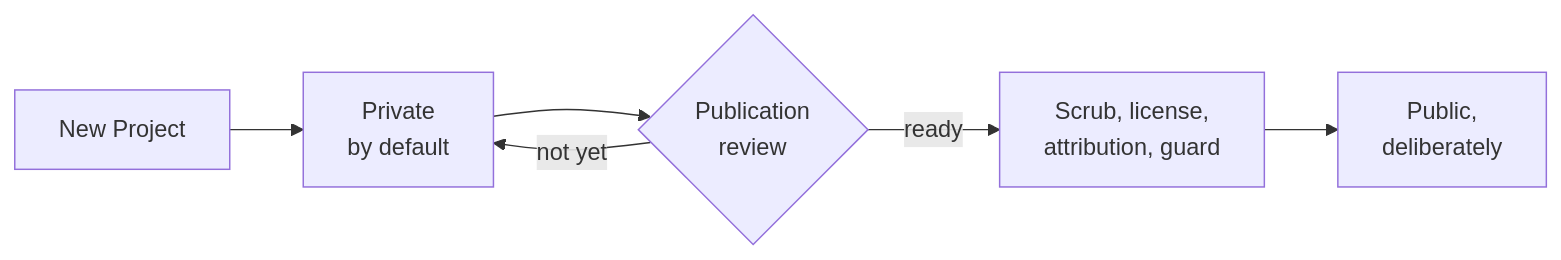
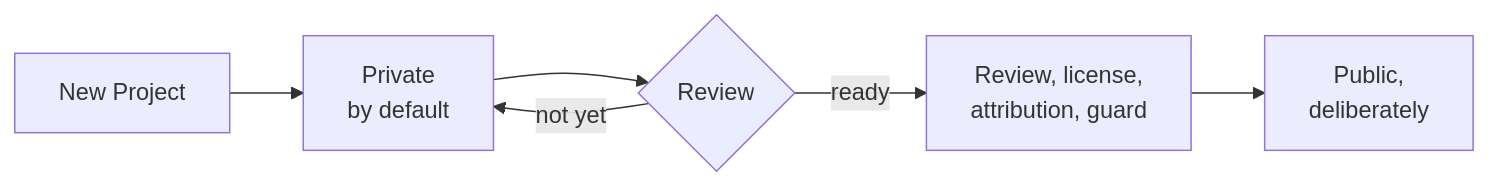
Before and after one commit to Productside/Productside-Github4PMs: the diagram in docs/diagrams/27-nothing-is-born-public.md, drawn with Mermaid. The commit also changed other lines of this file and 206 other files, not shown here.

````diff
--- a/docs/diagrams/27-nothing-is-born-public.md
+++ b/docs/diagrams/27-nothing-is-born-public.md
@@ -5,12 +5,12 @@
 ```mermaid
 flowchart LR
   N["New Project"]
   PV["Private<br/>by default"]
-  RV{"Publication<br/>review"}
-  SC["Scrub, license,<br/>attribution, guard"]
+  RV{"Review"}
+  SC["Review, license,<br/>attribution, guard"]
   PB["Public,<br/>deliberately"]
 
   N --> PV --> RV
   RV -->|"not yet"| PV
   RV -->|"ready"| SC --> PB
 ```
````
